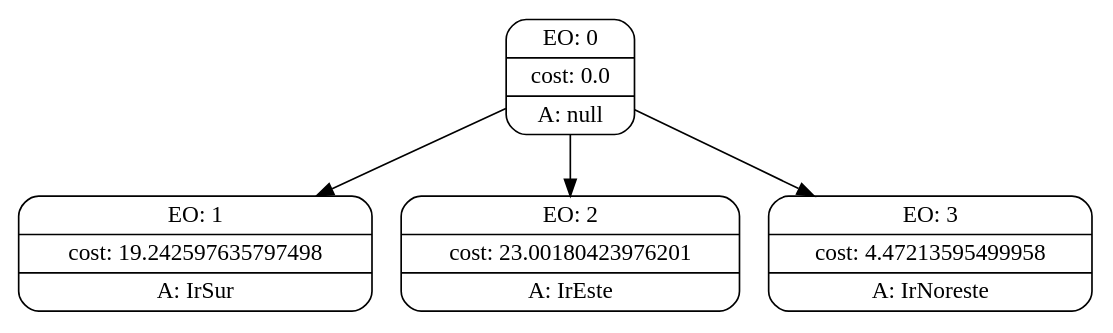
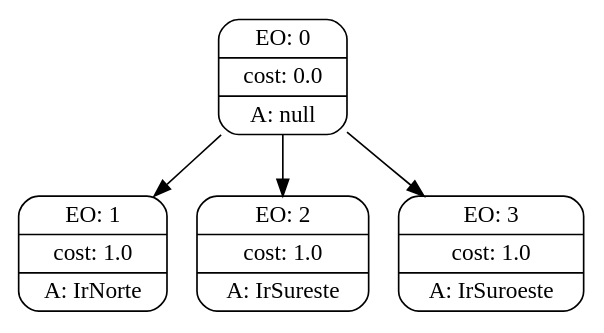
One commit to matiassequeira/repoIA changed the diagram in searchGVTrees/5.dot. Above: the diagram before and after it, drawn with Graphviz. The commit also changed 48 other files, not shown here.

```diff
--- a/searchGVTrees/5.dot
+++ b/searchGVTrees/5.dot
@@ -1,15 +1,15 @@
 digraph g {
 node [shape = Mrecord];
 nodo0[label="{EO: 0|cost: 0.0|A: null}"]
-nodo1[label="{EO: 1|cost: 19.242597635797498|A: IrSur}"]
+nodo1[label="{EO: 1|cost: 1.0|A: IrNorte}"]
 
 nodo0 -> nodo1;
-nodo2[label="{EO: 2|cost: 23.00180423976201|A: IrEste}"]
+nodo2[label="{EO: 2|cost: 1.0|A: IrSureste}"]
 
 nodo0 -> nodo2;
-nodo3[label="{EO: 3|cost: 4.47213595499958|A: IrNoreste}"]
+nodo3[label="{EO: 3|cost: 1.0|A: IrSuroeste}"]
 
 nodo0 -> nodo3;
 
 
 }
```
